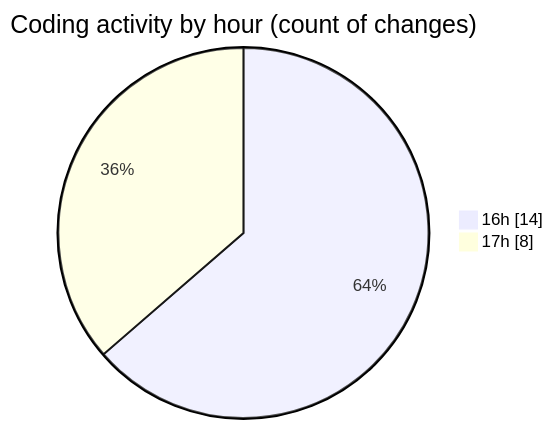
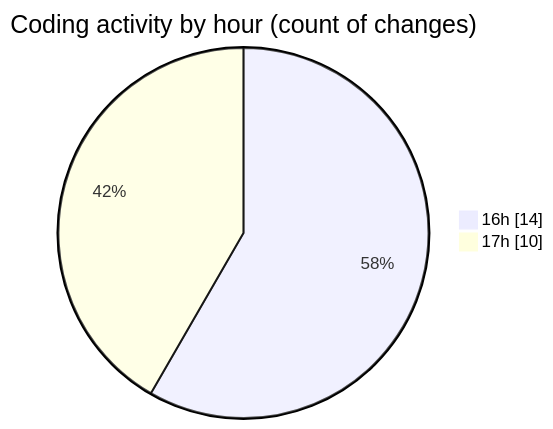
One commit to debugP/code-tracking changed the second of 2 diagrams in 2026-10-20/untitled__workspace_/README.md. Above: the diagram before and after it, drawn with Mermaid. The commit also changed other lines of this file and 1 other file, not shown here.

````diff
--- a/2026-10-20/untitled__workspace_/README.md
+++ b/2026-10-20/untitled__workspace_/README.md
@@ -30,6 +30,6 @@
 ```mermaid
 pie showData
 title Coding activity by hour (count of changes)
 "16h" : 14
-"17h" : 8
+"17h" : 10
 ```
````
